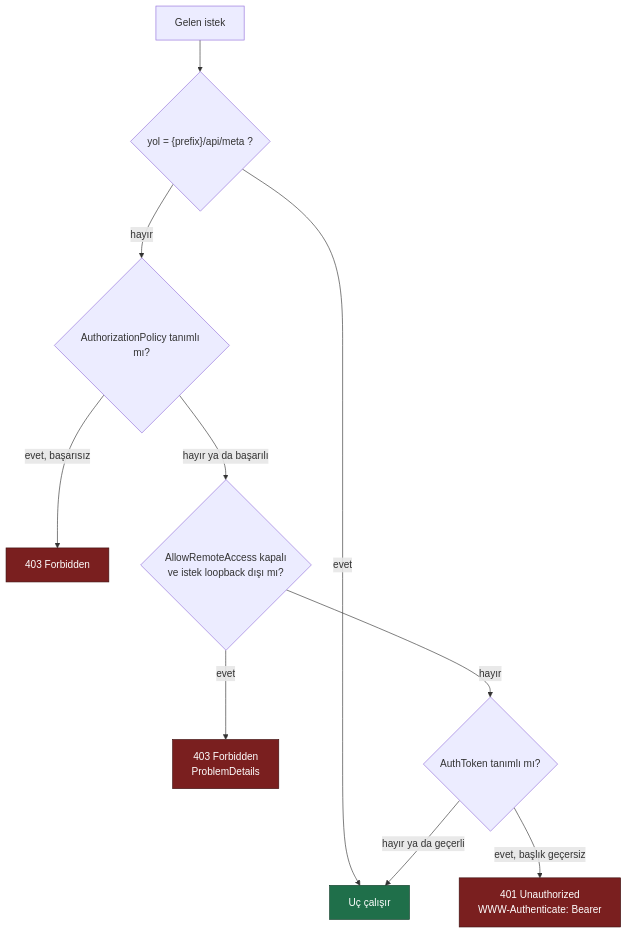
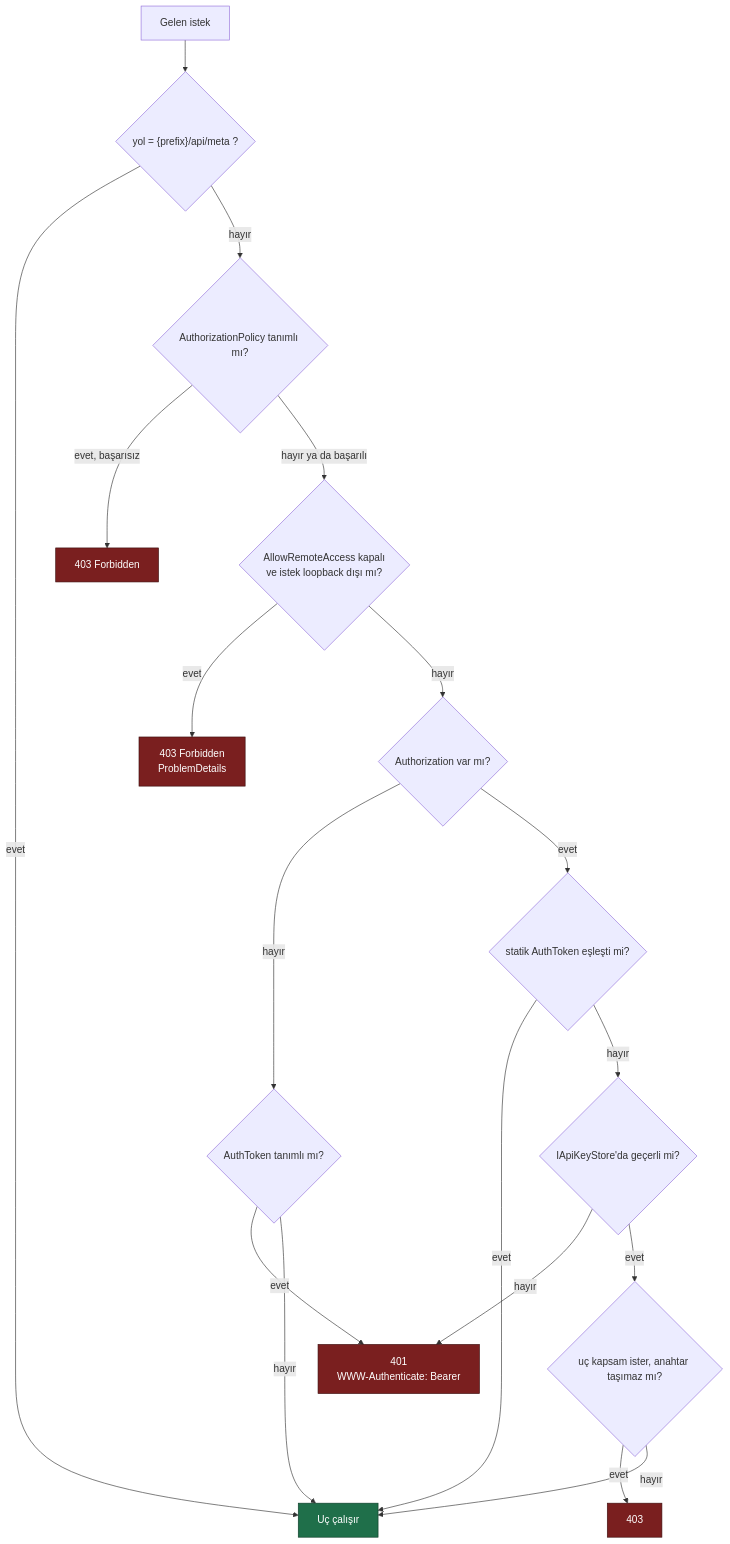
One commit to farukatasoy/Tracon changed the eighth of 9 diagrams in docs/MIMARI.md. Above: the diagram before and after it, drawn with Mermaid. The commit also changed other lines of this file and 65 other files, not shown here.

````diff
--- a/docs/MIMARI.md
+++ b/docs/MIMARI.md
@@ -442,17 +442,25 @@
 ```mermaid
 flowchart TD
     REQ["Gelen istek"] --> META{"yol = {prefix}/api/meta ?"}
     META -->|evet| OK["Uç çalışır"]
     META -->|hayır| POL{"AuthorizationPolicy tanımlı mı?"}
     POL -->|evet, başarısız| F403["403 Forbidden"]
     POL -->|"hayır ya da başarılı"| LB{"AllowRemoteAccess kapalı<br/>ve istek loopback dışı mı?"}
     LB -->|evet| F403b["403 Forbidden<br/>ProblemDetails"]
-    LB -->|hayır| TOK{"AuthToken tanımlı mı?"}
-    TOK -->|"evet, başlık geçersiz"| F401["401 Unauthorized<br/>WWW-Authenticate: Bearer"]
-    TOK -->|"hayır ya da geçerli"| OK
+    LB -->|hayır| HDR{"Authorization var mı?"}
+    HDR -->|hayır| TOKU{"AuthToken tanımlı mı?"}
+    TOKU -->|evet| F401["401<br/>WWW-Authenticate: Bearer"]
+    TOKU -->|hayır| OK
+    HDR -->|evet| TOK{"statik AuthToken eşleşti mi?"}
+    TOK -->|evet| OK
+    TOK -->|hayır| KEY{"IApiKeyStore'da geçerli mi?"}
+    KEY -->|hayır| F401
+    KEY -->|evet| SC{"uç kapsam ister, anahtar taşımaz mı?"}
+    SC -->|evet| F403c["403"]
+    SC -->|hayır| OK
 
     classDef red fill:#7a1f1f,stroke:#3d0f0f,color:#ffffff
     classDef green fill:#1f6f4a,stroke:#0d3b27,color:#ffffff
-    class F403,F403b,F401 red
+    class F403,F403b,F401,F403c red
     class OK green
 ```
````
